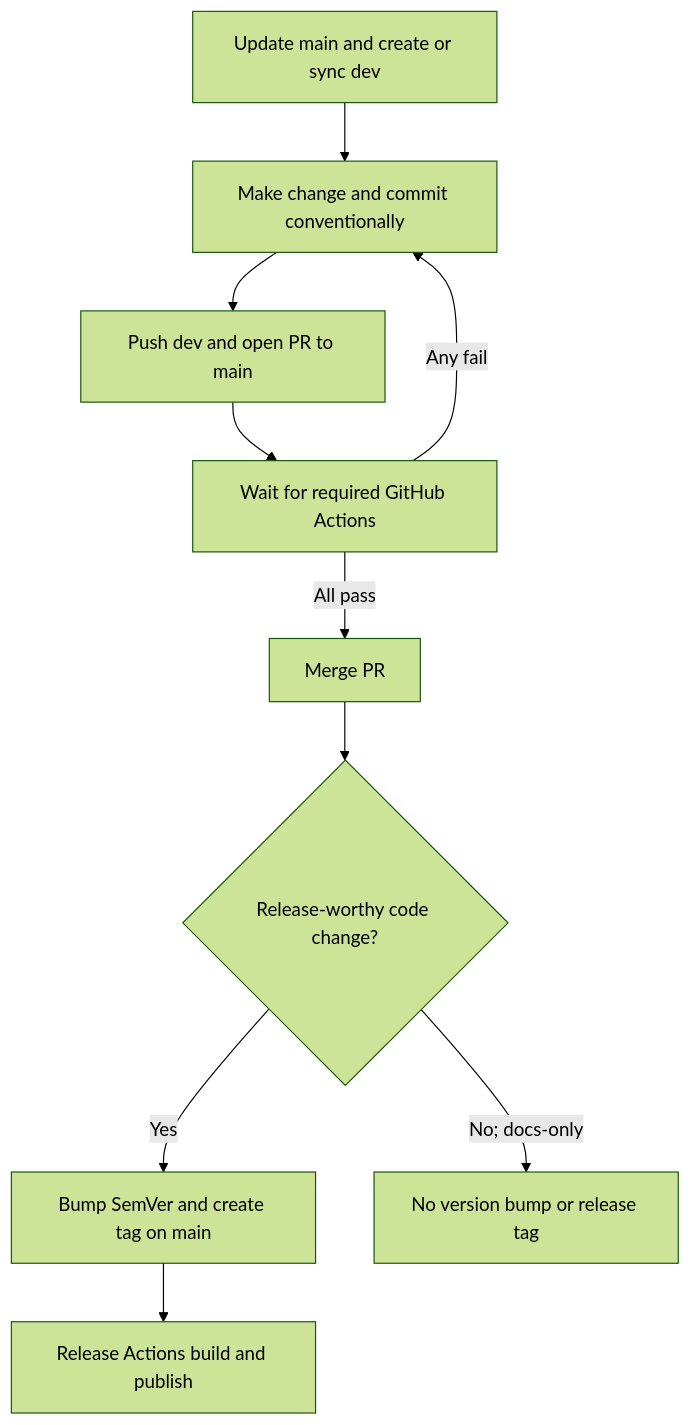
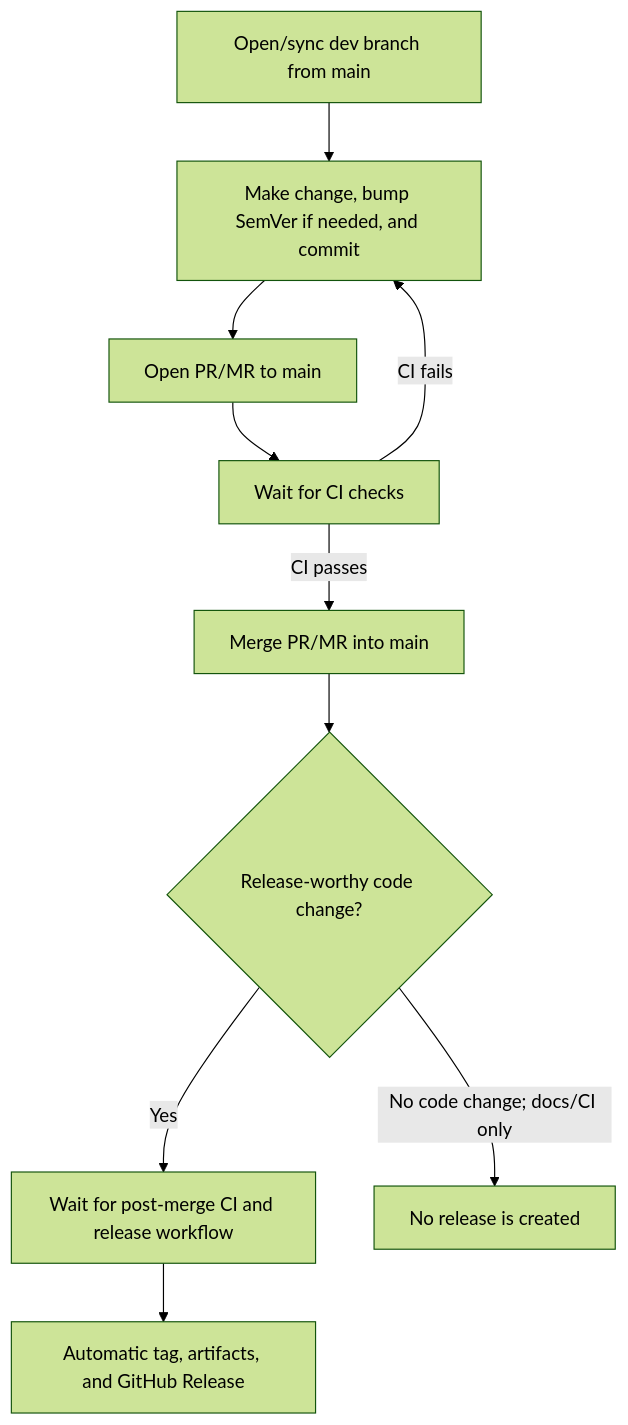
The first of 2 diagrams in docs/releasing.md (jirayaSenju/rt-library), drawn with Mermaid (forest theme) before and after one commit. The commit also changed other lines of this file and 2 other files, not shown here.

Commit message:
ci: automate semver release after main validation

````diff
--- a/docs/releasing.md
+++ b/docs/releasing.md
@@ -38,12 +38,12 @@
 ```mermaid
 flowchart TD
-    A["Update main and create or sync dev"] --> B["Make change and commit conventionally"]
-    B --> C["Push dev and open PR to main"]
-    C --> D["Wait for required GitHub Actions"]
-    D -->|"All pass"| E["Merge PR"]
-    D -->|"Any fail"| B
+    A["Open/sync dev branch from main"] --> B["Make change, bump SemVer if needed, and commit"]
+    B --> C["Open PR/MR to main"]
+    C --> D["Wait for CI checks"]
+    D -->|"CI fails"| B
+    D -->|"CI passes"| E["Merge PR/MR into main"]
     E --> F{"Release-worthy code change?"}
-    F -->|"Yes"| G["Bump SemVer and create tag on main"]
-    G --> H["Release Actions build and publish"]
-    F -->|"No; docs-only"| I["No version bump or release tag"]
+    F -->|"Yes"| G["Wait for post-merge CI and release workflow"]
+    G --> H["Automatic tag, artifacts, and GitHub Release"]
+    F -->|"No code change; docs/CI only"| I["No release is created"]
 ```
````
